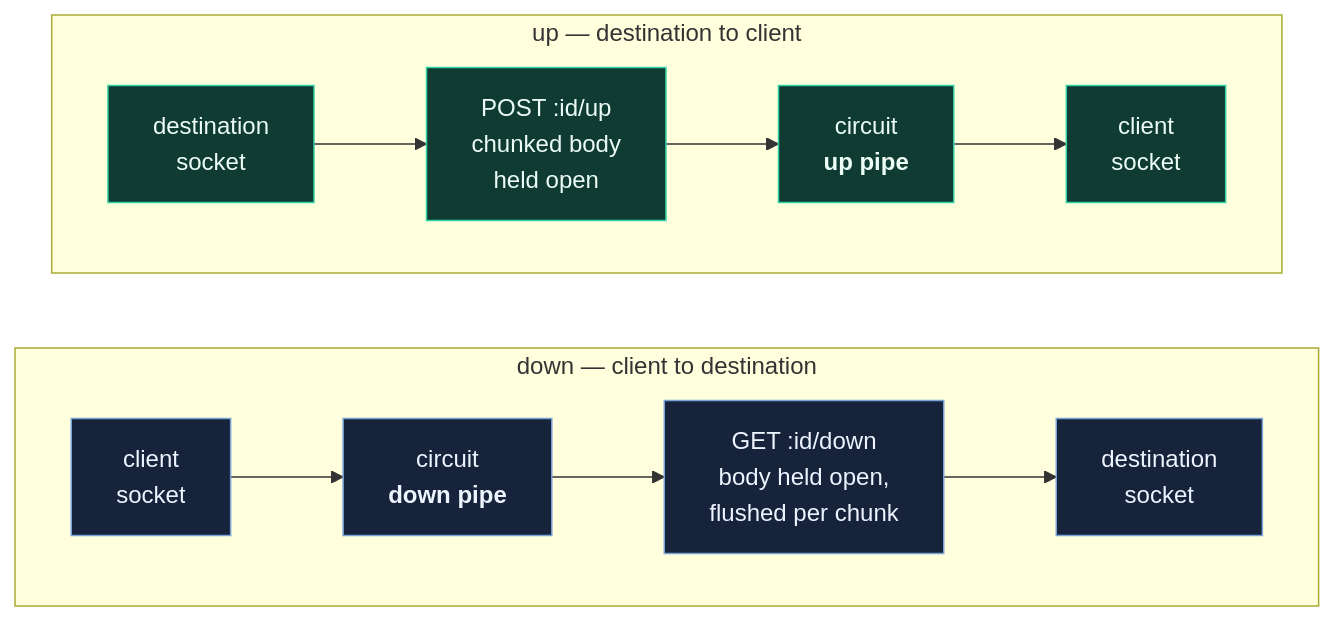
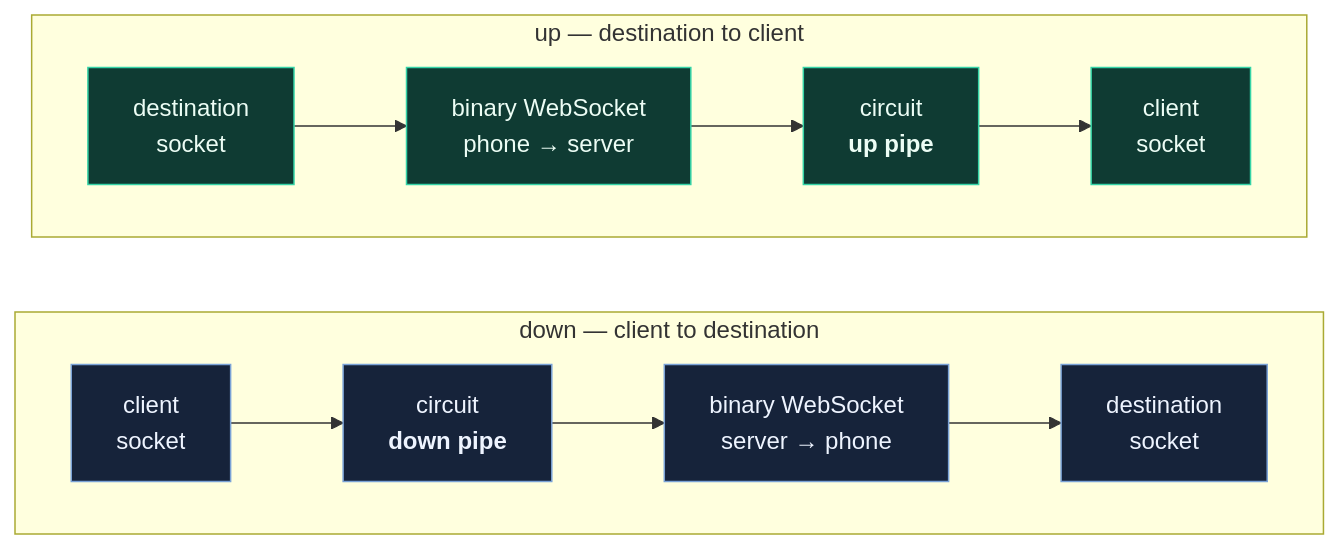
One commit to CesarPetrescu/PocketExit changed the eighth of 12 diagrams in README.md. Above: the diagram before and after it, drawn with Mermaid. The commit also changed other lines of this file and 38 other files, not shown here.

Commit message:
Release PocketExit v0.4 WebSocket transport

````diff
--- a/README.md
+++ b/README.md
@@ -376,17 +377,17 @@
 ```mermaid
 flowchart LR
     subgraph downdir["down — client to destination"]
         direction LR
-        D1["client<br/>socket"] --> D2["circuit<br/><b>down pipe</b>"] --> D3["GET :id/down<br/>body held open,<br/>flushed per chunk"] --> D4["destination<br/>socket"]
+        D1["client<br/>socket"] --> D2["circuit<br/><b>down pipe</b>"] --> D3["binary WebSocket<br/>server → phone"] --> D4["destination<br/>socket"]
     end
 
     subgraph updir["up — destination to client"]
         direction LR
-        U1["destination<br/>socket"] --> U2["POST :id/up<br/>chunked body<br/>held open"] --> U3["circuit<br/><b>up pipe</b>"] --> U4["client<br/>socket"]
+        U1["destination<br/>socket"] --> U2["binary WebSocket<br/>phone → server"] --> U3["circuit<br/><b>up pipe</b>"] --> U4["client<br/>socket"]
     end
 
     classDef d fill:#16233a,stroke:#7aa2d6,color:#eef4ff
     classDef u fill:#0f3b33,stroke:#34d3a6,color:#ecfdf5
     class D1,D2,D3,D4 d
     class U1,U2,U3,U4 u
 ```
````
